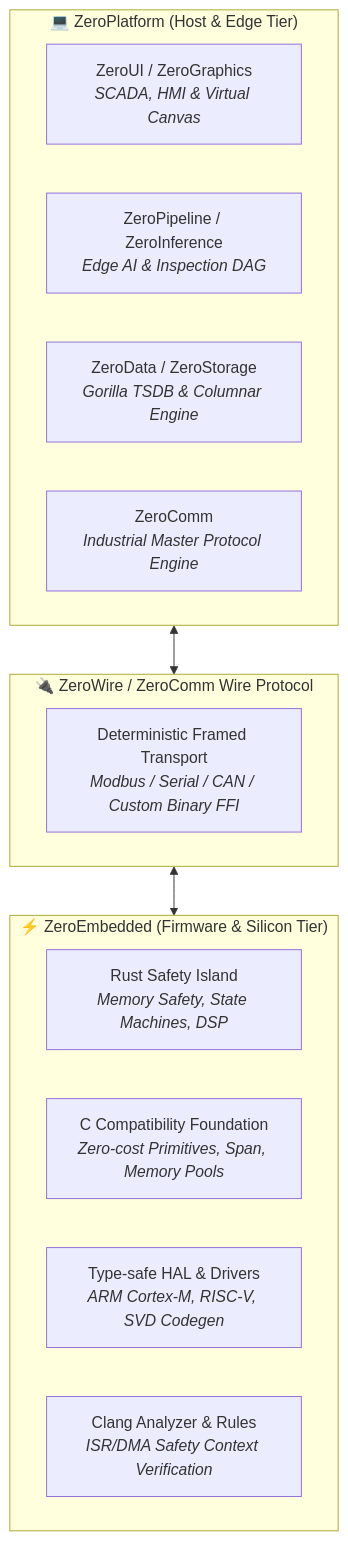
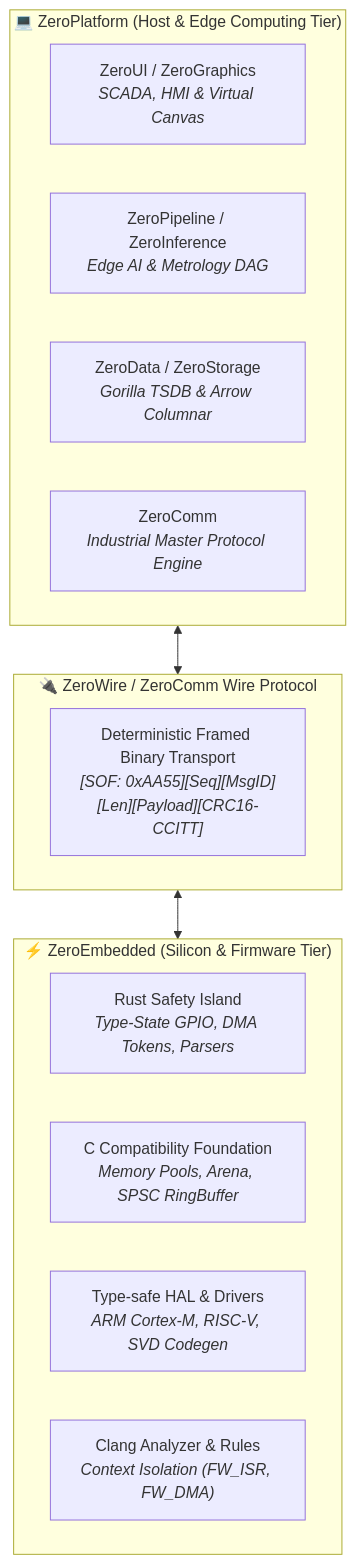
One commit to kzxl/ZeroUniverse changed the diagram in README.md. Above: the diagram before and after it, drawn with Mermaid. The commit also changed other lines of this file and 1 other file, not shown here.

````diff
--- a/README.md
+++ b/README.md
@@ -15,24 +16,24 @@
 ```mermaid
 graph TD
-    subgraph HostTier ["💻 ZeroPlatform (Host & Edge Tier)"]
+    subgraph HostTier ["💻 ZeroPlatform (Host & Edge Computing Tier)"]
         ZP_UI["ZeroUI / ZeroGraphics<br/><i>SCADA, HMI & Virtual Canvas</i>"]
-        ZP_Pipe["ZeroPipeline / ZeroInference<br/><i>Edge AI & Inspection DAG</i>"]
-        ZP_Data["ZeroData / ZeroStorage<br/><i>Gorilla TSDB & Columnar Engine</i>"]
+        ZP_Pipe["ZeroPipeline / ZeroInference<br/><i>Edge AI & Metrology DAG</i>"]
+        ZP_Data["ZeroData / ZeroStorage<br/><i>Gorilla TSDB & Arrow Columnar</i>"]
         ZP_Comm["ZeroComm<br/><i>Industrial Master Protocol Engine</i>"]
     end
 
     subgraph WireProtocol ["🔌 ZeroWire / ZeroComm Wire Protocol"]
-        Wire["Deterministic Framed Transport<br/><i>Modbus / Serial / CAN / Custom Binary FFI</i>"]
+        Wire["Deterministic Framed Binary Transport<br/><i>[SOF: 0xAA55][Seq][MsgID][Len][Payload][CRC16-CCITT]</i>"]
     end
 
-    subgraph FirmwareTier ["⚡ ZeroEmbedded (Firmware & Silicon Tier)"]
-        ZE_Rust["Rust Safety Island<br/><i>Memory Safety, State Machines, DSP</i>"]
-        ZE_Core["C Compatibility Foundation<br/><i>Zero-cost Primitives, Span, Memory Pools</i>"]
+    subgraph FirmwareTier ["⚡ ZeroEmbedded (Silicon & Firmware Tier)"]
+        ZE_Rust["Rust Safety Island<br/><i>Type-State GPIO, DMA Tokens, Parsers</i>"]
+        ZE_Core["C Compatibility Foundation<br/><i>Memory Pools, Arena, SPSC RingBuffer</i>"]
         ZE_HAL["Type-safe HAL & Drivers<br/><i>ARM Cortex-M, RISC-V, SVD Codegen</i>"]
-        ZE_Tooling["Clang Analyzer & Rules<br/><i>ISR/DMA Safety Context Verification</i>"]
+        ZE_Tooling["Clang Analyzer & Rules<br/><i>Context Isolation (FW_ISR, FW_DMA)</i>"]
     end
 
     %% Flow Connections
     HostTier <--> WireProtocol
     WireProtocol <--> FirmwareTier
 ```
````
